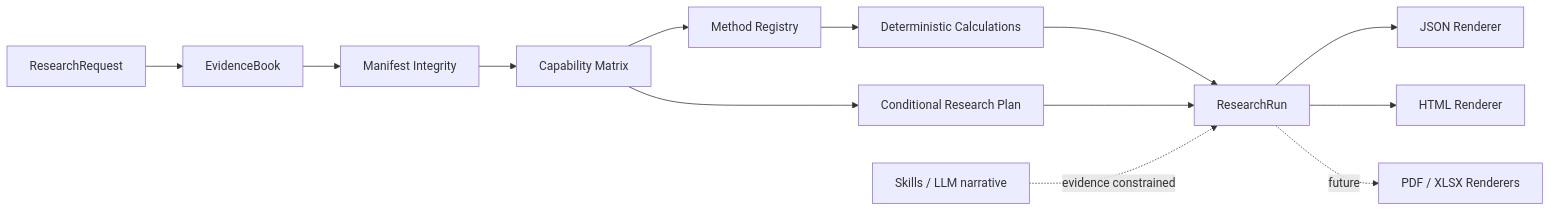
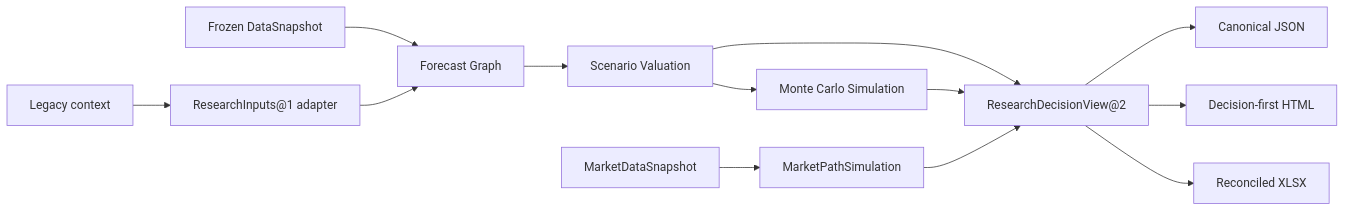
Before and after one commit to kongxiangcong/EquityTrack: the diagram in docs/architecture/target-architecture.md, drawn with Mermaid. The commit also changed other lines of this file and 34 other files, not shown here.

Commit message:
feat: unify canonical research presentation

````diff
--- a/docs/architecture/target-architecture.md
+++ b/docs/architecture/target-architecture.md
@@ -27,15 +34,15 @@
 ```mermaid
 flowchart LR
-    A["ResearchRequest"] --> B["EvidenceBook"]
-    B --> C["Manifest Integrity"]
-    C --> D["Capability Matrix"]
-    D --> E["Method Registry"]
-    E --> F["Deterministic Calculations"]
-    D --> G["Conditional Research Plan"]
-    F --> H["ResearchRun"]
-    G --> H
-    H --> I["JSON Renderer"]
-    H --> J["HTML Renderer"]
-    H -. future .-> K["PDF / XLSX Renderers"]
-    L["Skills / LLM narrative"] -. evidence constrained .-> H
+    A["Frozen DataSnapshot"] --> B["Forecast Graph"]
+    B --> C["Scenario Valuation"]
+    C --> D["Monte Carlo Simulation"]
+    C --> E["ResearchDecisionView@2"]
+    D --> E
+    F["MarketDataSnapshot"] --> G["MarketPathSimulation"]
+    G --> E
+    E --> H["Canonical JSON"]
+    E --> I["Decision-first HTML"]
+    E --> J["Reconciled XLSX"]
+    K["Legacy context"] --> L["ResearchInputs@1 adapter"]
+    L --> B
 ```
````
